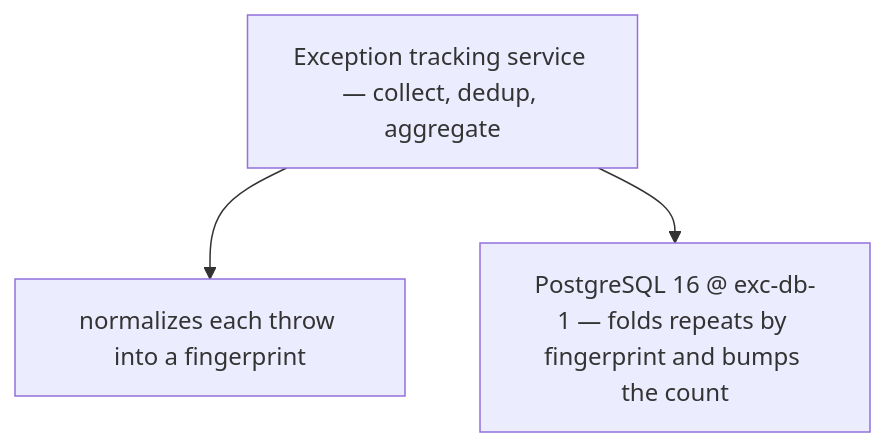
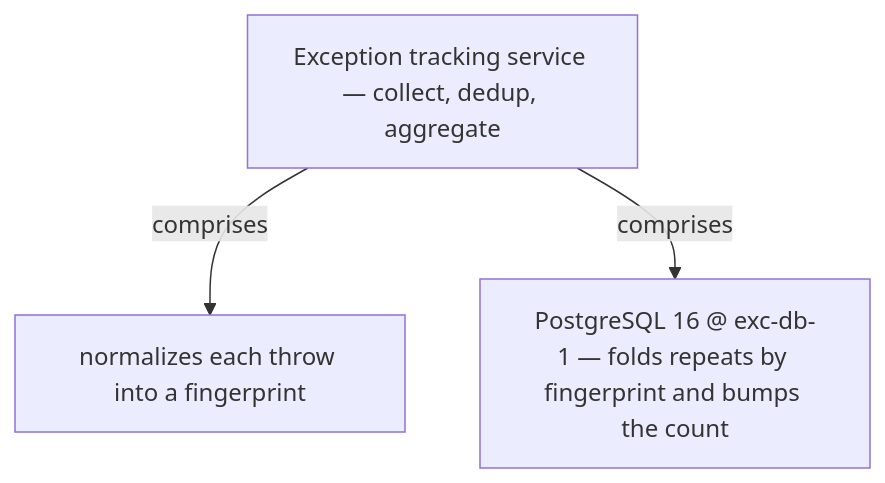
One commit to vinayakuber/microservices-io-study-guide changed the sixth of 13 diagrams in docs/ch34-exception-tracking.md. Above: the diagram before and after it, drawn with Mermaid. The commit also changed other lines of this file and 71 other files, not shown here.

First line of the commit message:
R18: label every diagram arrow with its meaning

````diff
--- a/docs/ch34-exception-tracking.md
+++ b/docs/ch34-exception-tracking.md
@@ -227,6 +227,6 @@
 ```mermaid
 flowchart TD
   R["Exception tracking service — collect, dedup, aggregate"]
-  R --> P0["normalizes each throw into a fingerprint"]
-  R --> P1["PostgreSQL 16 @ exc-db-1 — folds repeats by fingerprint and bumps the count"]
+  R -->|"comprises"| P0["normalizes each throw into a fingerprint"]
+  R -->|"comprises"| P1["PostgreSQL 16 @ exc-db-1 — folds repeats by fingerprint and bumps the count"]
 ```
````
